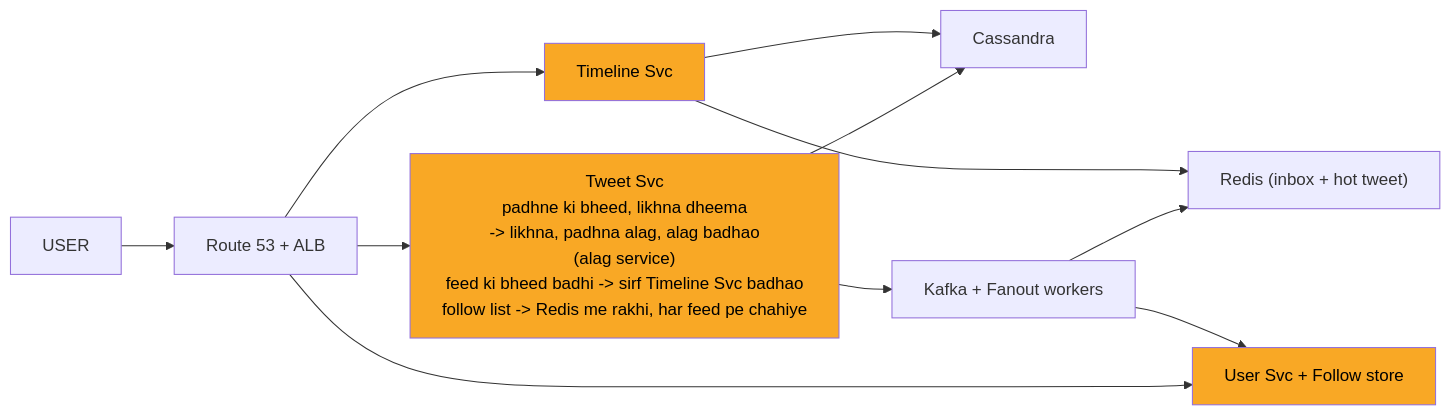
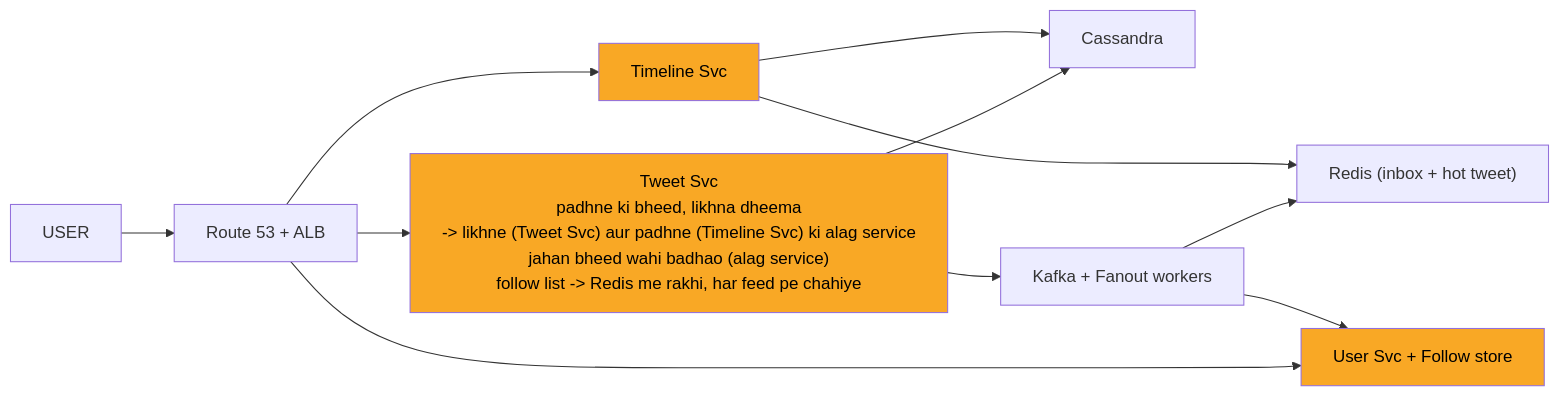
One commit to ArpanMaheshwari144/Prep changed the tenth of 12 diagrams in 04_HLD/SYSTEM_DESIGNS/03_twitter_feed/03_twitter_feed.md. Above: the diagram before and after it, drawn with Mermaid. The commit also changed other lines of this file and 13 other files, not shown here.

````diff
--- a/04_HLD/SYSTEM_DESIGNS/03_twitter_feed/03_twitter_feed.md
+++ b/04_HLD/SYSTEM_DESIGNS/03_twitter_feed/03_twitter_feed.md
@@ -414,25 +414,25 @@
 ```mermaid
 %%{init: {"flowchart": {"wrappingWidth": 450}}}%%
 flowchart LR
     n_USER["USER"]
     n_EDGE["Route 53 + ALB"]
-    n_Tweet_Svc["Tweet Svc<br/>padhne ki bheed, likhna dheema<br/>-> likhna, padhna alag, alag badhao<br/>(alag service)<br/>feed ki bheed badhi -> sirf Timeline Svc badhao<br/>follow list -> Redis me rakhi, har feed pe chahiye"]
+    n_Tweet_Svc["Tweet Svc<br/>padhne ki bheed, likhna dheema<br/>-> likhne (Tweet Svc) aur padhne (Timeline Svc) ki alag service<br/>jahan bheed wahi badhao (alag service)<br/>follow list -> Redis me rakhi, har feed pe chahiye"]
     n_Cassandra["Cassandra"]
     n_FAN["Kafka + Fanout workers"]
     n_RI["Redis (inbox + hot tweet)"]
     n_Timeline_Svc["Timeline Svc"]
     n_UG["User Svc + Follow store"]
     n_USER --> n_EDGE
     n_EDGE --> n_Tweet_Svc
     n_EDGE --> n_Timeline_Svc
     n_EDGE --> n_UG
     n_Tweet_Svc --> n_Cassandra
     n_Tweet_Svc --> n_FAN
     n_FAN --> n_RI
     n_Timeline_Svc --> n_RI
     n_Timeline_Svc --> n_Cassandra
     n_FAN --> n_UG
     style n_Tweet_Svc fill:#f9a825,color:#000
     style n_Timeline_Svc fill:#f9a825,color:#000
     style n_UG fill:#f9a825,color:#000
 ```
````
